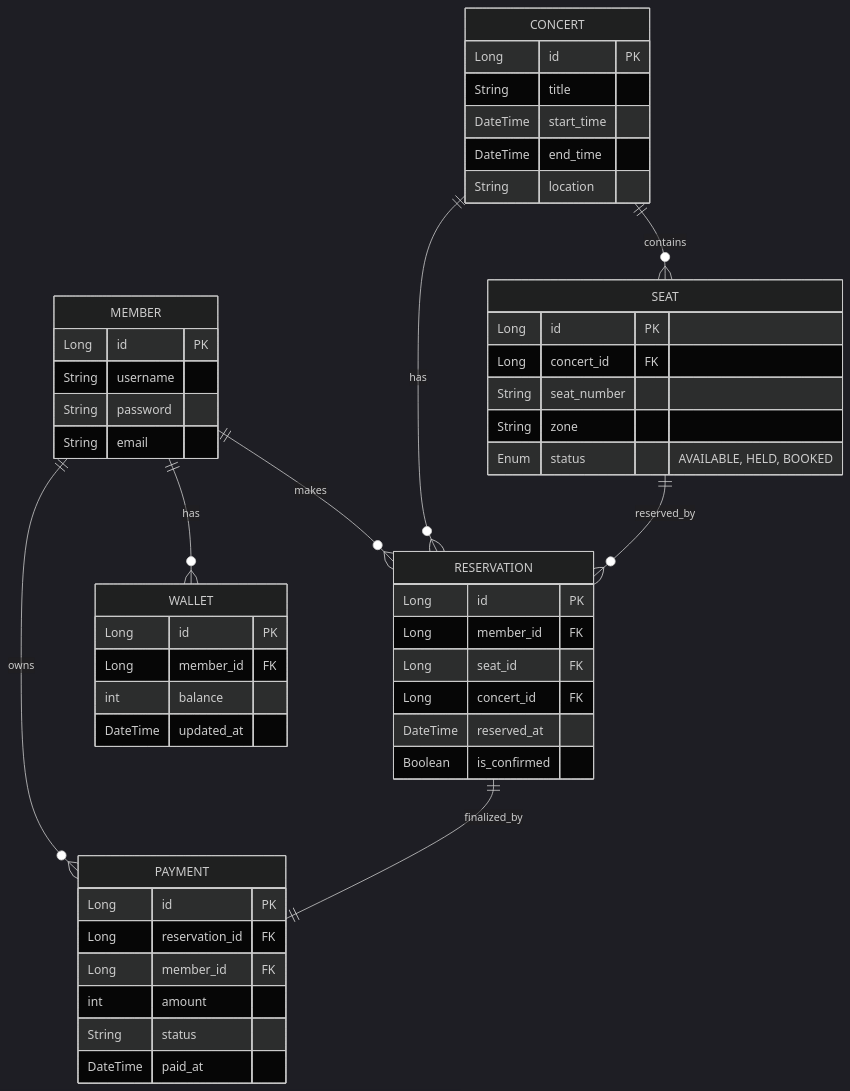
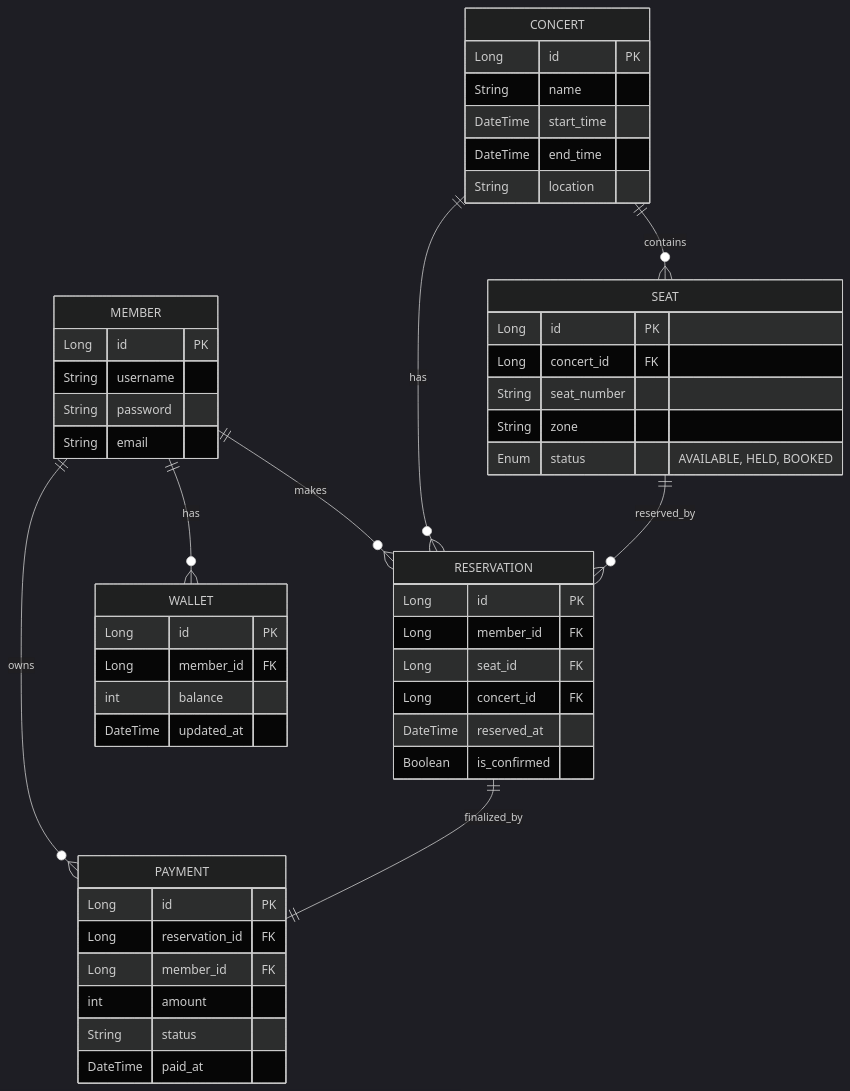
Before and after one commit to SMJin/voyage-ConcertReservation: the diagram in docs/erd.md, drawn with Mermaid (dark theme). The commit also changed other lines of this file and 10 other files, not shown here.

````diff
--- a/docs/erd.md
+++ b/docs/erd.md
@@ -3,61 +3,61 @@
 ```mermaid
 erDiagram
 
     MEMBER ||--o{ RESERVATION : makes
     MEMBER ||--o{ PAYMENT : owns
     MEMBER ||--o{ WALLET : has
 
     CONCERT ||--o{ SEAT : contains
     CONCERT ||--o{ RESERVATION : has
     SEAT ||--o{ RESERVATION : reserved_by
 
     RESERVATION ||--|| PAYMENT : finalized_by
 
     MEMBER {
         Long id PK
         String username
         String password
         String email
     }
 
     CONCERT {
         Long id PK
-        String title
+        String name
         DateTime start_time
         DateTime end_time
         String location
     }
 
     SEAT {
         Long id PK
         Long concert_id FK
         String seat_number
         String zone
         Enum status "AVAILABLE, HELD, BOOKED"
     }
 
     RESERVATION {
         Long id PK
         Long member_id FK
         Long seat_id FK
         Long concert_id FK
         DateTime reserved_at
         Boolean is_confirmed
     }
 
     PAYMENT {
         Long id PK
         Long reservation_id FK
         Long member_id FK
         int amount
         String status
         DateTime paid_at
     }
 
     WALLET {
         Long id PK
         Long member_id FK
         int balance
         DateTime updated_at
     }
 ```
````
